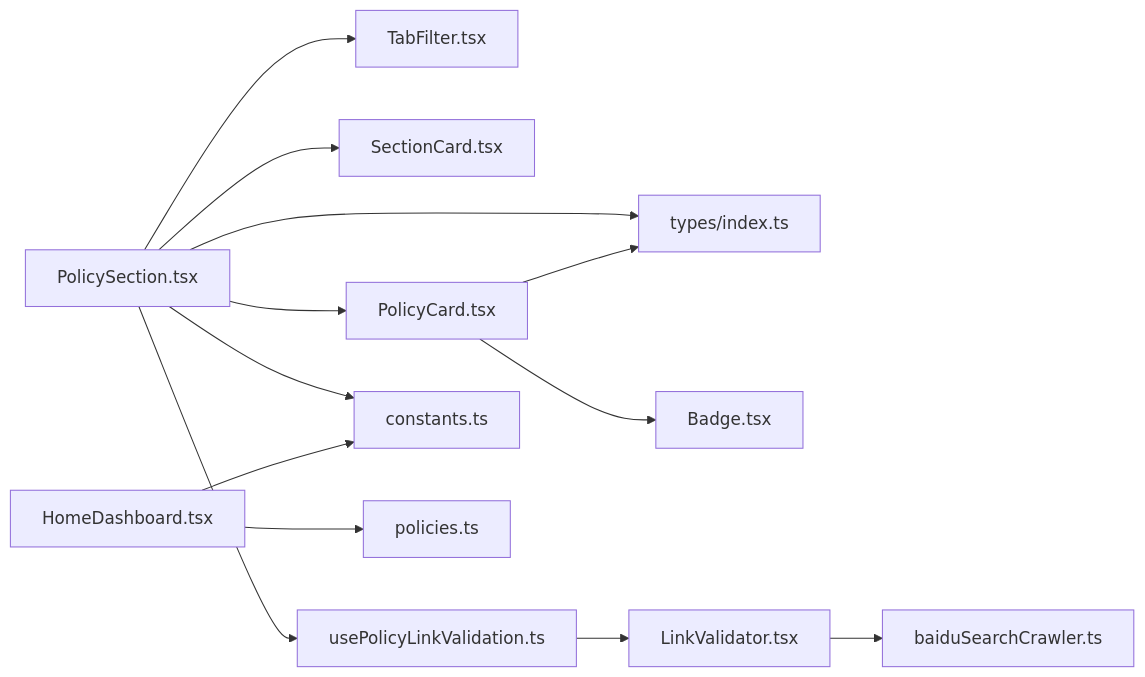
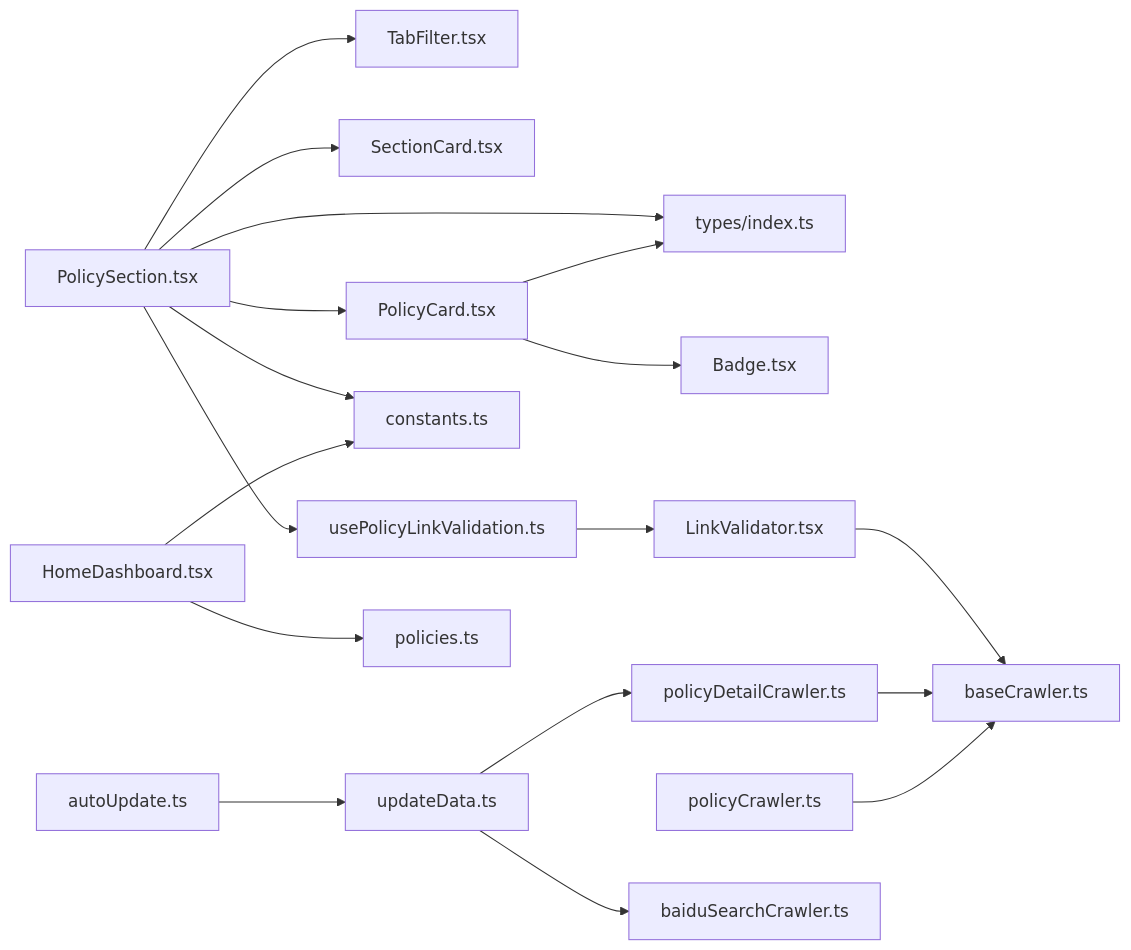
One commit to liangxuanliang-cmd/carbon-info-agent changed diagram 14 of 14 in .qoder/repowiki/zh/content/功能模块/政策信息模块.md. Above: the diagram before and after it, drawn with Mermaid. The commit also changed other lines of this file and 21 other files, not shown here.

````diff
--- a/.qoder/repowiki/zh/content/功能模块/政策信息模块.md
+++ b/.qoder/repowiki/zh/content/功能模块/政策信息模块.md
@@ -471,15 +539,20 @@
 ```mermaid
 graph LR
 PS["PolicySection.tsx"] --> TF["TabFilter.tsx"]
 PS --> SC["SectionCard.tsx"]
 PS --> PC["PolicyCard.tsx"]
 PS --> HOOK["usePolicyLinkValidation.ts"]
 PS --> CONST["constants.ts"]
 PS --> TYPES["types/index.ts"]
 PC --> BD["Badge.tsx"]
 PC --> TYPES
 HOOK --> LV["LinkValidator.tsx"]
-LV --> BC["baiduSearchCrawler.ts"]
+LV --> BASE["baseCrawler.ts"]
+PDC["policyDetailCrawler.ts"] --> BASE
+BC["policyCrawler.ts"] --> BASE
+UPDATE["updateData.ts"] --> PDC
+UPDATE --> BSC["baiduSearchCrawler.ts"]
+AUTO["autoUpdate.ts"] --> UPDATE
 HD["HomeDashboard.tsx"] --> DATA["policies.ts"]
 HD --> CONST
 ```
````
